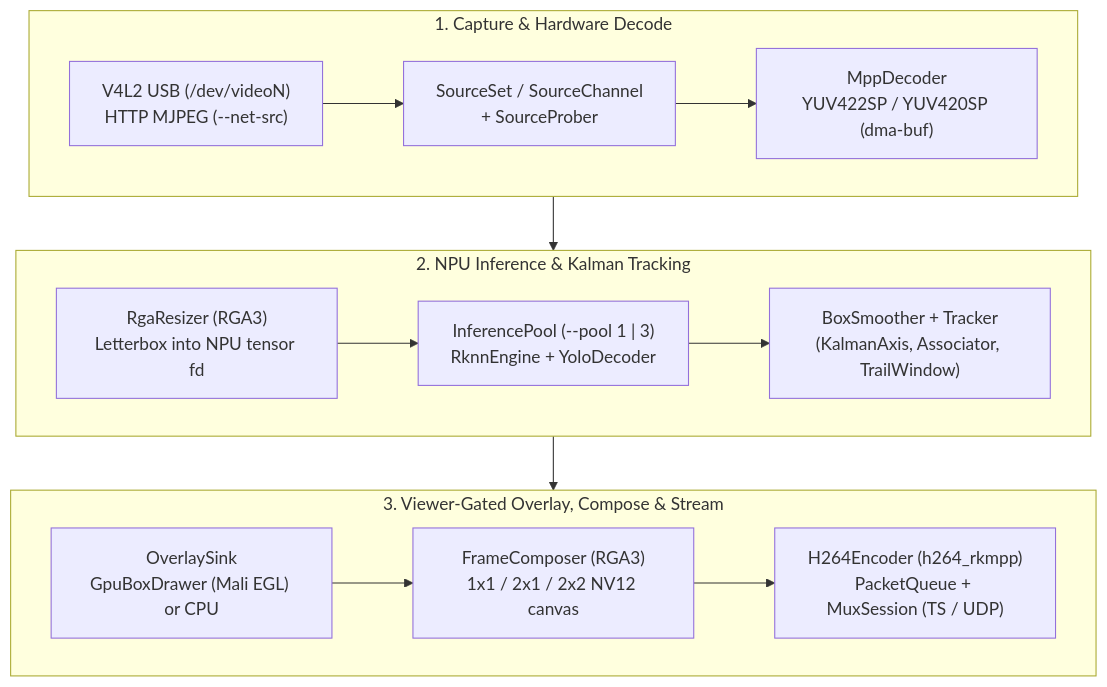
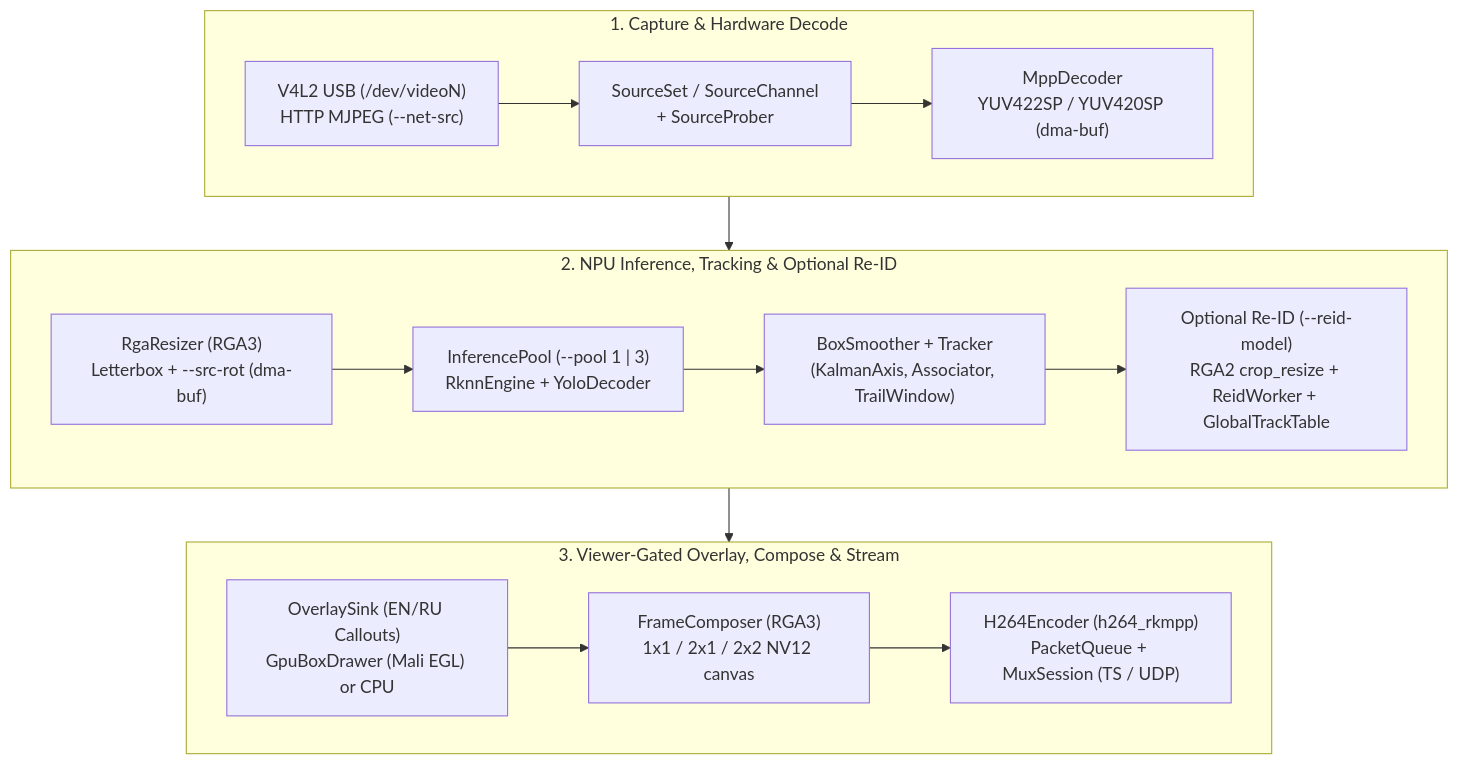
The diagram in light_ai/README.md (xdcsystems/light), drawn with Mermaid before and after one commit. The commit also changed other lines of this file and 9 other files, not shown here.

````diff
--- a/light_ai/README.md
+++ b/light_ai/README.md
@@ -68,23 +68,24 @@
 ```mermaid
 flowchart TB
     subgraph S1["1. Capture & Hardware Decode"]
         direction LR
         S["V4L2 USB (/dev/videoN)<br/>HTTP MJPEG (--net-src)"] --> SC["SourceSet / SourceChannel<br/>+ SourceProber"]
         SC --> DEC["MppDecoder<br/>YUV422SP / YUV420SP (dma-buf)"]
     end
 
-    subgraph S2["2. NPU Inference & Kalman Tracking"]
+    subgraph S2["2. NPU Inference, Tracking & Optional Re-ID"]
         direction LR
-        RGA1["RgaResizer (RGA3)<br/>Letterbox into NPU tensor fd"] --> POOL["InferencePool (--pool 1 | 3)<br/>RknnEngine + YoloDecoder"]
+        RGA1["RgaResizer (RGA3)<br/>Letterbox + --src-rot (dma-buf)"] --> POOL["InferencePool (--pool 1 | 3)<br/>RknnEngine + YoloDecoder"]
         POOL --> TRK["BoxSmoother + Tracker<br/>(KalmanAxis, Associator, TrailWindow)"]
+        TRK --> REID["Optional Re-ID (--reid-model)<br/>RGA2 crop_resize + ReidWorker + GlobalTrackTable"]
     end
 
     subgraph S3["3. Viewer-Gated Overlay, Compose & Stream"]
         direction LR
-        OVL["OverlaySink<br/>GpuBoxDrawer (Mali EGL) or CPU"] --> COMP["FrameComposer (RGA3)<br/>1x1 / 2x1 / 2x2 NV12 canvas"]
+        OVL["OverlaySink (EN/RU Callouts)<br/>GpuBoxDrawer (Mali EGL) or CPU"] --> COMP["FrameComposer (RGA3)<br/>1x1 / 2x1 / 2x2 NV12 canvas"]
         COMP --> ENC["H264Encoder (h264_rkmpp)<br/>PacketQueue + MuxSession (TS / UDP)"]
     end
 
     DEC --> RGA1
-    TRK --> OVL
+    REID --> OVL
 ```
````
